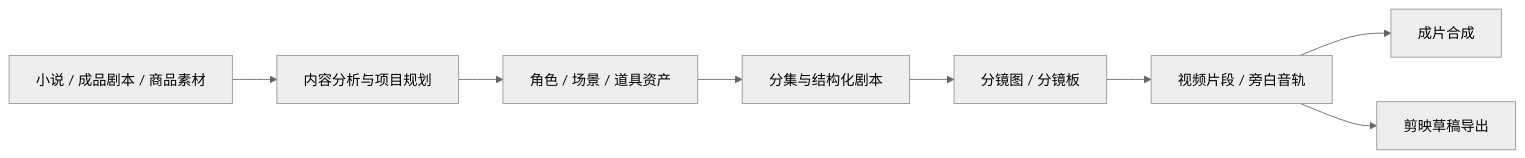
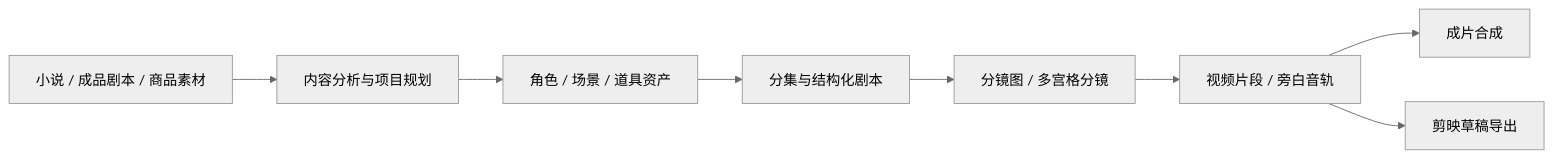
The diagram in README.md (ArcReel/ArcReel), drawn with Mermaid (neutral theme) before and after one commit. The commit also changed other lines of this file and 45 other files, not shown here.

First line of the commit message:
fix(i18n): 产品语言残留清零——设计图→资产图、产品→商品、说书→旁白/解说、死 key 删除

````diff
--- a/README.md
+++ b/README.md
@@ -58,10 +58,10 @@
 ```mermaid
 flowchart LR
     A["小说 / 成品剧本 / 商品素材"] --> B["内容分析与项目规划"]
     B --> C["角色 / 场景 / 道具资产"]
     C --> D["分集与结构化剧本"]
-    D --> E["分镜图 / 分镜板"]
+    D --> E["分镜图 / 多宫格分镜"]
     E --> F["视频片段 / 旁白音轨"]
     F --> G["成片合成"]
     F --> H["剪映草稿导出"]
 ```
````
